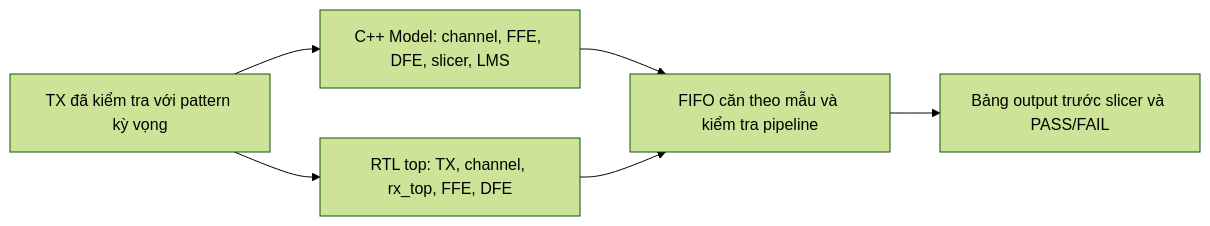
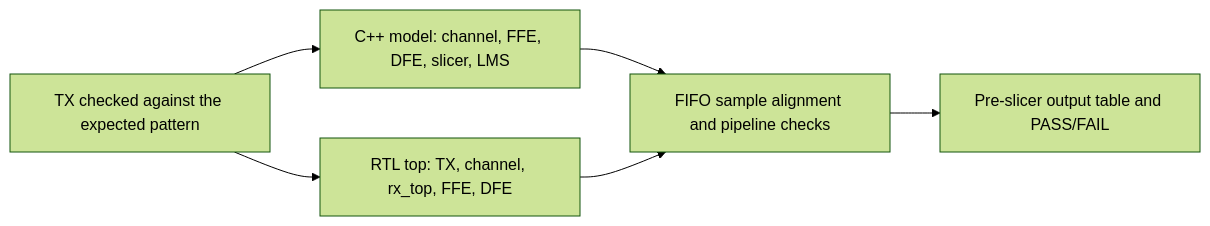
The third of 3 diagrams in 02_test/eq_independent/README.md (thocaptain/ADAPTIVE_FILTER), drawn with Mermaid (forest theme) before and after one commit. The commit also changed other lines of this file and 2 other files, not shown here.

Commit message:
Translate FFE/DFE test documentation into English

````diff
--- a/02_test/eq_independent/README.md
+++ b/02_test/eq_independent/README.md
@@ -137,8 +137,8 @@
 ```mermaid
 flowchart LR
-    S["TX đã kiểm tra với pattern kỳ vọng"] --> C["C++ Model: channel, FFE, DFE, slicer, LMS"]
+    S["TX checked against the expected pattern"] --> C["C++ model: channel, FFE, DFE, slicer, LMS"]
     S --> V["RTL top: TX, channel, rx_top, FFE, DFE"]
-    C --> Q["FIFO căn theo mẫu và kiểm tra pipeline"]
+    C --> Q["FIFO sample alignment and pipeline checks"]
     V --> Q
-    Q --> L["Bảng output trước slicer và PASS/FAIL"]
+    Q --> L["Pre-slicer output table and PASS/FAIL"]
 ```
````
